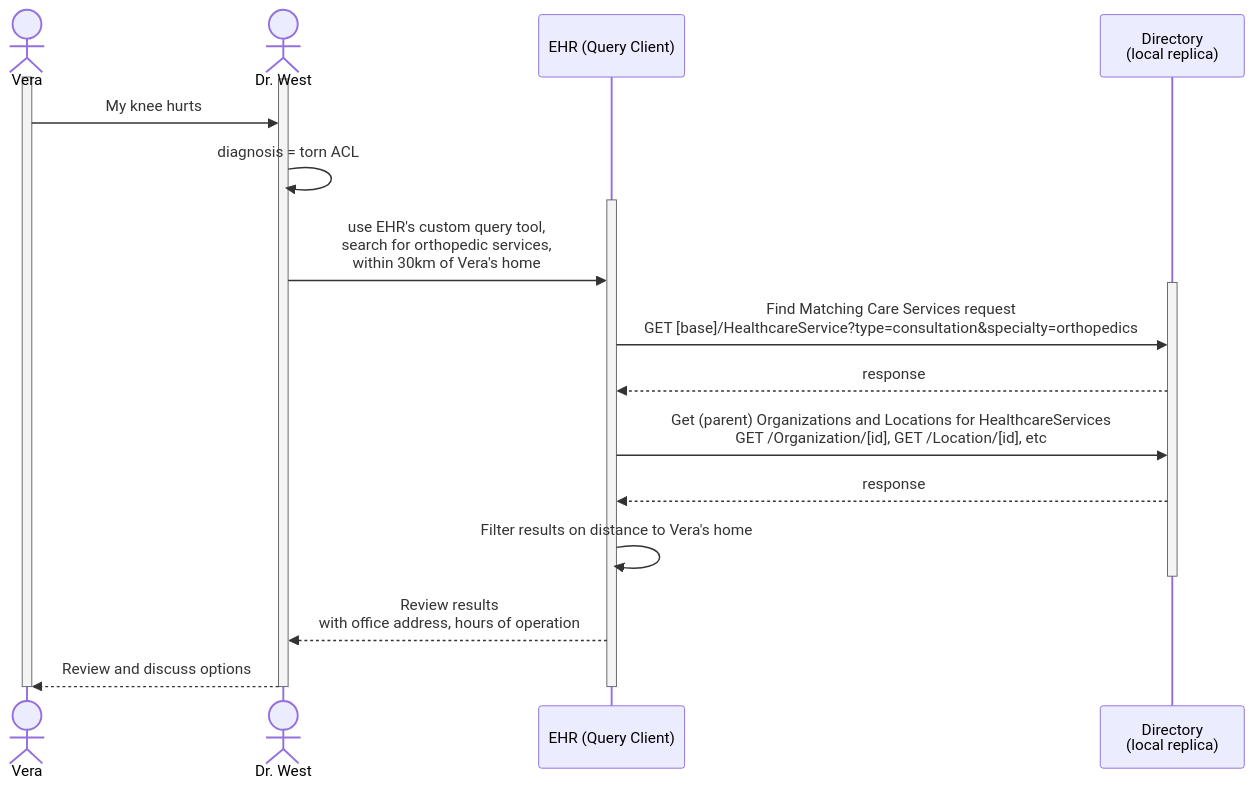
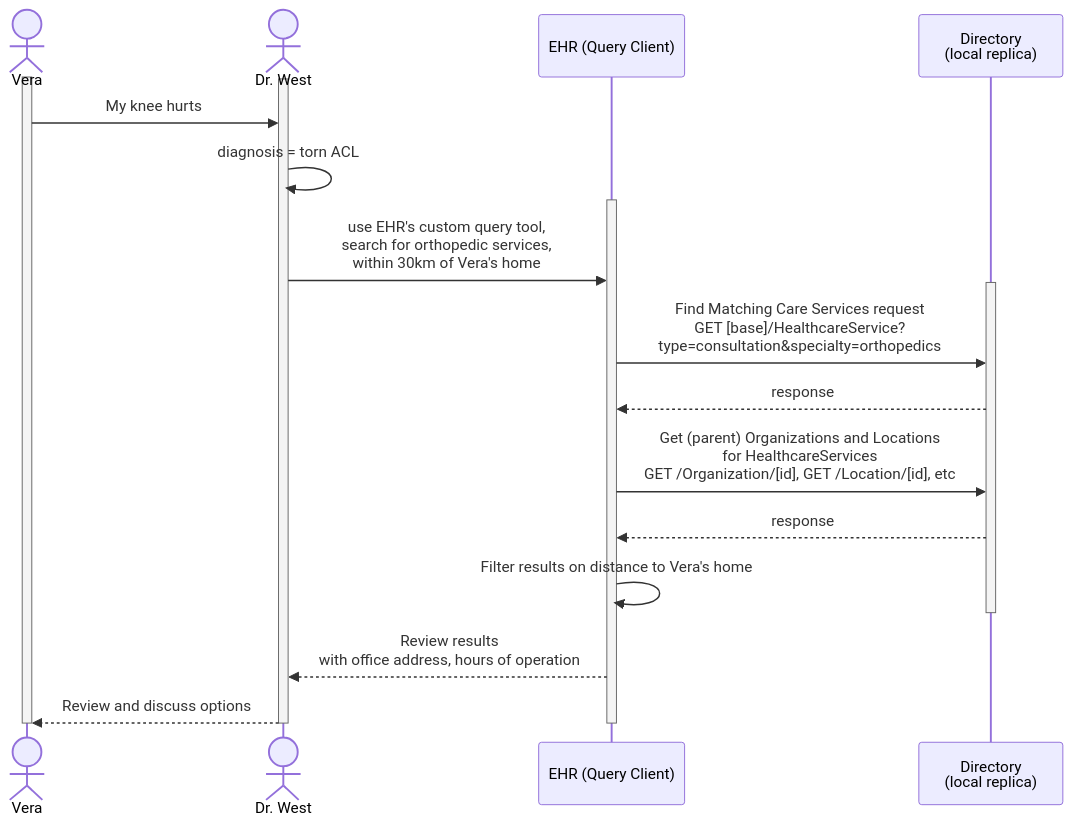
Before and after one commit to minvws/generiekefuncties-docs: the sixth of 8 diagrams in input/pagecontent/care-services.md, drawn with Mermaid. The commit also changed other lines of this file and 2 other files, not shown here.

Commit message:
fix mermaid scaling

````diff
--- a/input/pagecontent/care-services.md
+++ b/input/pagecontent/care-services.md
@@ -463,26 +463,26 @@
 ```mermaid
 sequenceDiagram
     actor Patient as Vera
     actor Doctor as Dr. West
     participant EHR as EHR (Query Client)
     participant CSD as Directory<br/>(local replica)
 
     activate Patient
     activate Doctor
     Patient->>Doctor: My knee hurts
     Doctor->>Doctor: diagnosis = torn ACL
     activate EHR
     Doctor->>EHR: use EHR's custom query tool,<br/>search for orthopedic services,<br/>within 30km of Vera's home
     activate CSD
-    EHR->>CSD: Find Matching Care Services request<br/>GET [base]/HealthcareService?type=consultation&specialty=orthopedics
+    EHR->>CSD: Find Matching Care Services request<br/>GET [base]/HealthcareService?<br/>type=consultation&specialty=orthopedics
     CSD-->>EHR: response
-    EHR->>CSD: Get (parent) Organizations and Locations for HealthcareServices<br/>GET /Organization/[id], GET /Location/[id], etc
+    EHR->>CSD: Get (parent) Organizations and Locations<br/>for HealthcareServices<br/>GET /Organization/[id], GET /Location/[id], etc
     CSD-->>EHR: response
     EHR->>EHR: Filter results on distance to Vera's home
     deactivate CSD
     EHR-->>Doctor: Review results<br/>with office address, hours of operation
     Doctor-->>Patient: Review and discuss options
     deactivate Patient
     deactivate Doctor
     deactivate EHR
 ```
````
